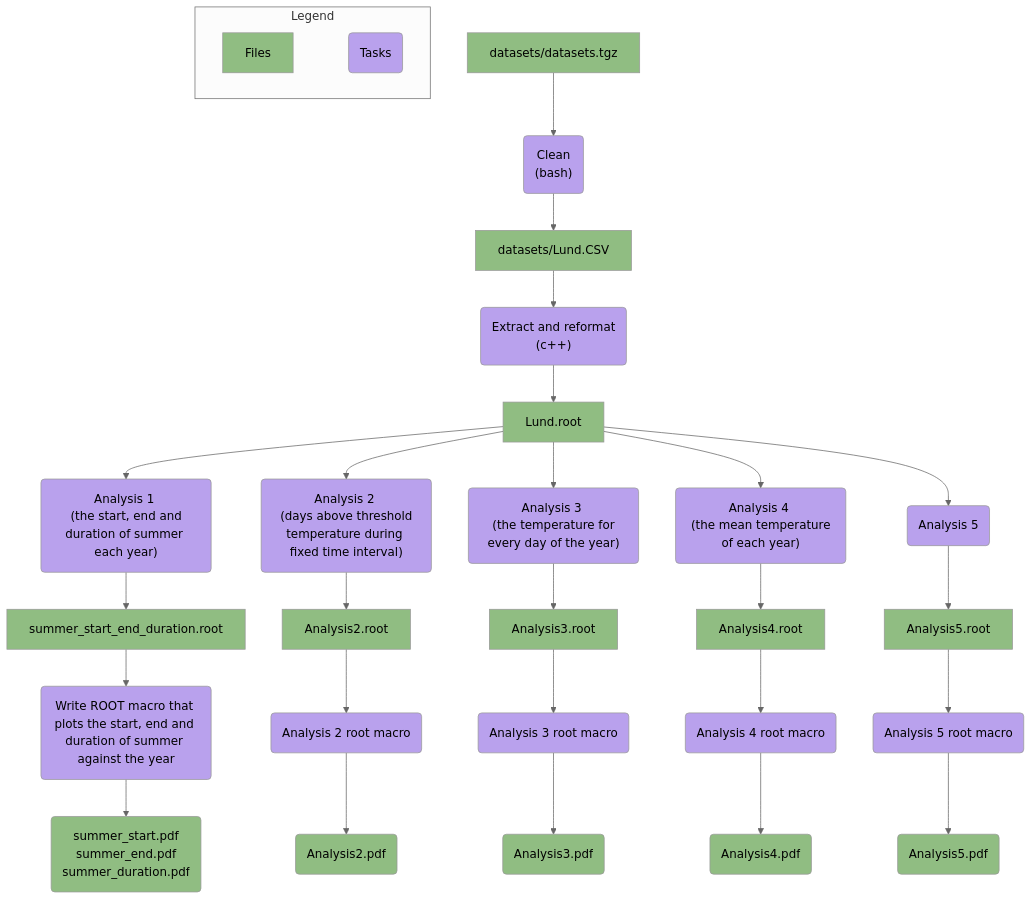
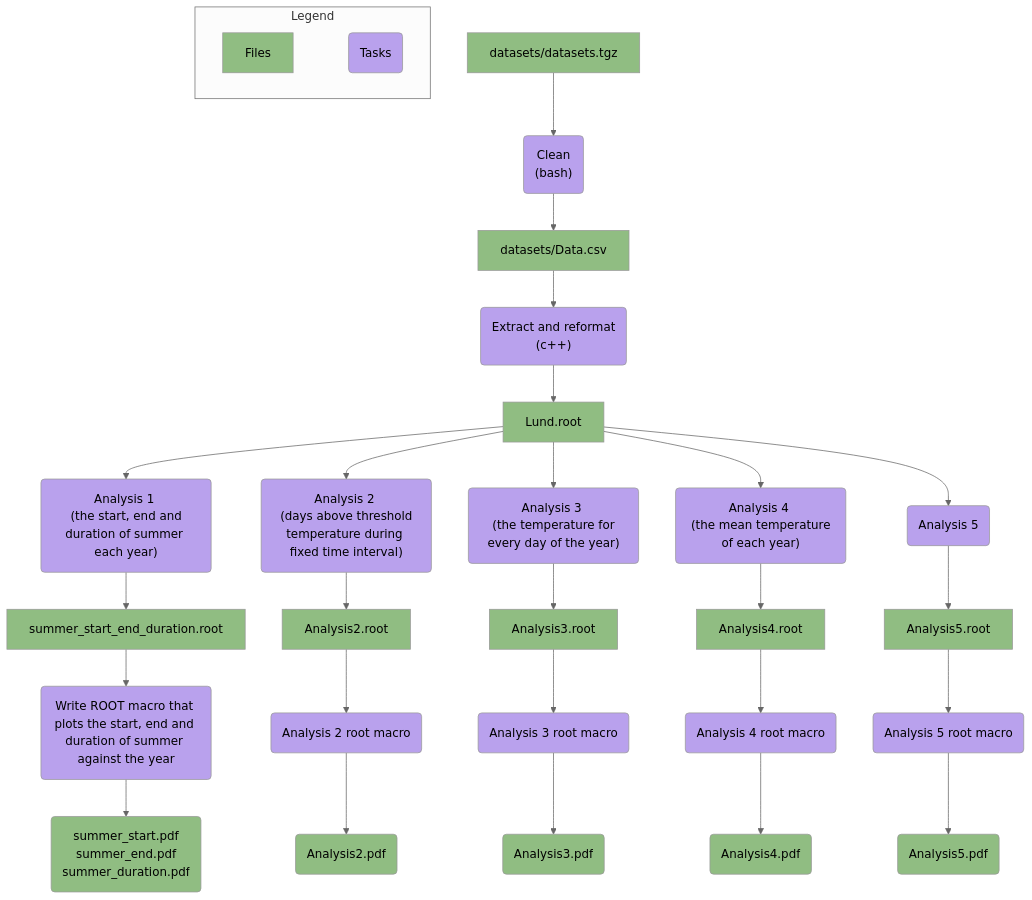
One commit to dchelidzemrics-design/MNXB11-Project changed the diagram in Workplan.md. Above: the diagram before and after it, drawn with Mermaid.

Commit message:
Update data source in flowchart from Lund.CSV to Data.csv

````diff
--- a/Workplan.md
+++ b/Workplan.md
@@ -9,55 +9,55 @@
 ```mermaid 
 %%{init: { 'theme':'neutral', 'fontSize': '11px'} }%%
 flowchart TD
     %% This will be the same for all analyses
     A["datasets/datasets.tgz"] --> B("Clean <br> (bash)")
-    B --> C["datasets/Lund.CSV"]
+    B --> C["datasets/Data.csv"]
     C --> D("Extract and reformat <br> (c++)")
     D --> E["Lund.root"]
 
     %% The seperate analyses
     E --> F("Analysis 1 <br> (the start, end and duration of summer each year)")
     E --> G("Analysis 2 <br> (days above threshold temperature during fixed time interval)")
     E --> H("Analysis 3 <br> (the temperature for every day of the year)")
     E --> I("Analysis 4 <br> (the mean temperature of each year)")
     E --> J("Analysis 5")
 
     %% Analysis 1 workflow
     F --> F1["summer_start_end_duration.root"]
     F1 --> F2("Write ROOT macro that plots the start, end and duration of summer against the year")
     F2 --> F3("summer_start.pdf <br> summer_end.pdf <br> summer_duration.pdf")
     
     %% Analysis 2 workflow
     G --> G1["Analysis2.root"]
     G1 --> G2("Analysis 2 root macro")
     G2 --> G3("Analysis2.pdf")
 
     %% Analysis 3 workflow
     H --> H1["Analysis3.root"]
     H1 --> H2("Analysis 3 root macro")
     H2 --> H3("Analysis3.pdf")
 
     %% Analysis 4 workflow
     I --> I1["Analysis4.root"]
     I1 --> I2("Analysis 4 root macro")
     I2 --> I3("Analysis4.pdf")
 
     %% Analysis 5 workflow
     J --> J1["Analysis5.root"]
     J1 --> J2("Analysis 5 root macro")
     J2 --> J3("Analysis5.pdf")
 
     %% Legend 
     subgraph Legend ["Legend"]
         direction LR
         L1["Files"] ~~~ L2("Tasks")
     end
 
     %% Seperate Files and Tasks into different classes
     %% with different colors
     classDef Files fill:#90bd82;
     classDef Tasks fill:#b9a1ed;
 
     class L1,A,C,E,F1,F3,G1,G3,H1,H3,I1,I3,J1,J3 Files;
     class L2,B,D,F,G,H,I,J,F2,G2,H2,I2,J2 Tasks;
 ```
````
